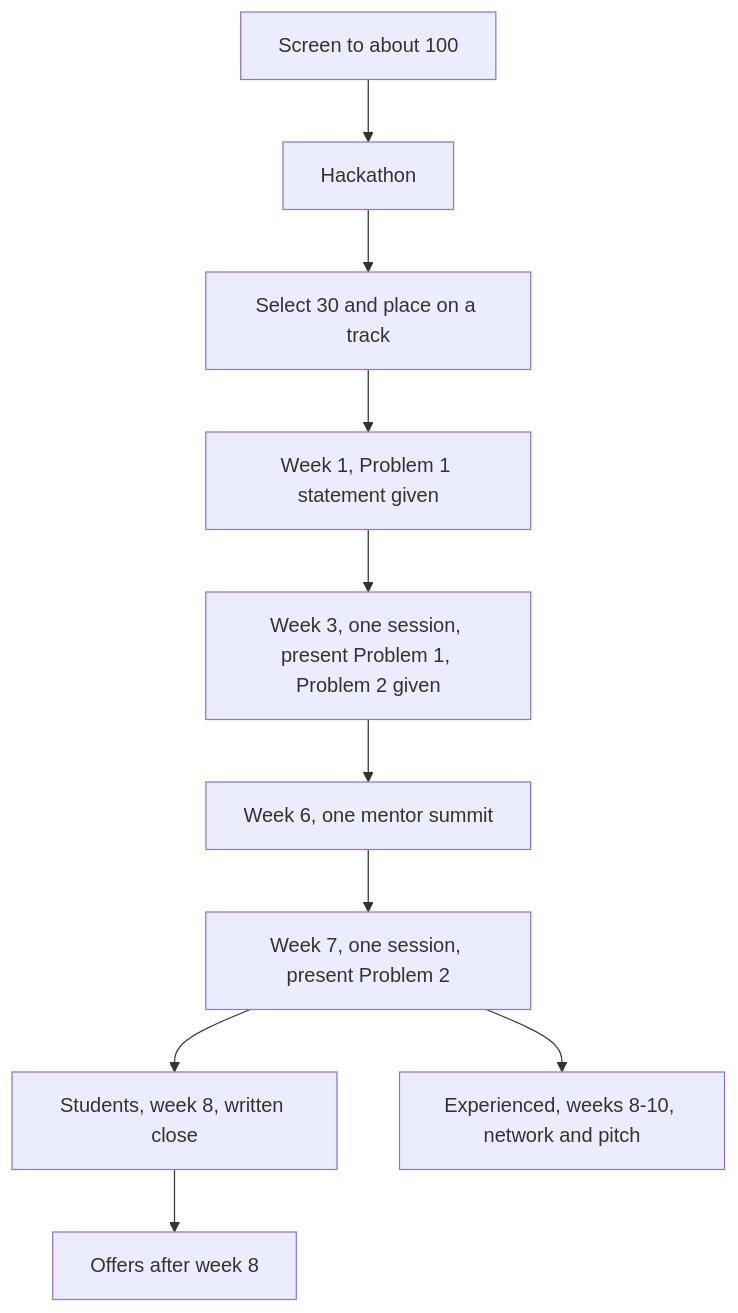
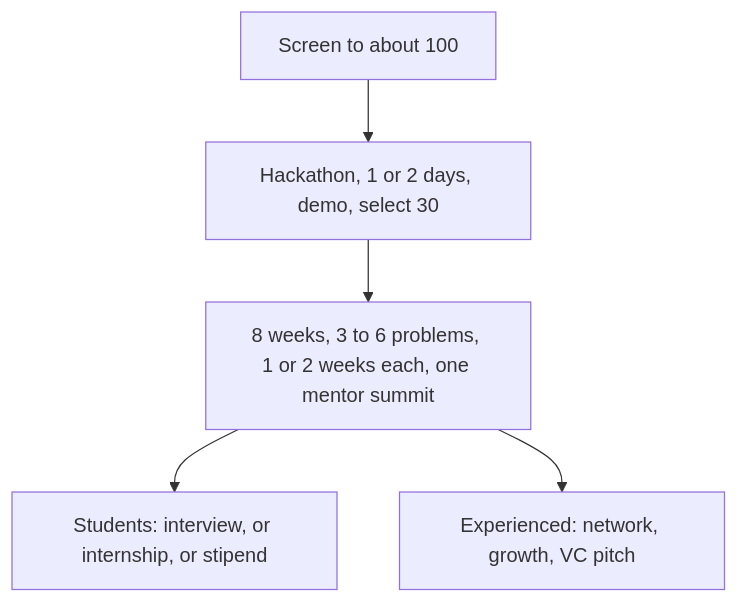
Before and after one commit to ABVenu/stcejorP-mulucirruC: the diagram in 1percentclub/reports/initial-plan.md, drawn with Mermaid. The commit also changed other lines of this file and 5 other files, not shown here.

````diff
--- a/1percentclub/reports/initial-plan.md
+++ b/1percentclub/reports/initial-plan.md
@@ -148,12 +105,7 @@
 ```mermaid
 flowchart TD
-    screen["Screen to about 100"] --> hack["Hackathon"]
-    hack --> pick["Select 30 and place on a track"]
-    pick --> given["Week 1, Problem 1 statement given"]
-    given --> present["Week 3, one session, present Problem 1, Problem 2 given"]
-    present --> summit["Week 6, one mentor summit"]
-    summit --> present2["Week 7, one session, present Problem 2"]
-    present2 --> close["Students, week 8, written close"]
-    present2 --> pitch["Experienced, weeks 8-10, network and pitch"]
-    close --> offers["Offers after week 8"]
+    screen["Screen to about 100"] --> hack["Hackathon, 1 or 2 days, demo, select 30"]
+    hack --> work["8 weeks, 3 to 6 problems, 1 or 2 weeks each, one mentor summit"]
+    work --> students["Students: interview, or internship, or stipend"]
+    work --> experienced["Experienced: network, growth, VC pitch"]
 ```
````
